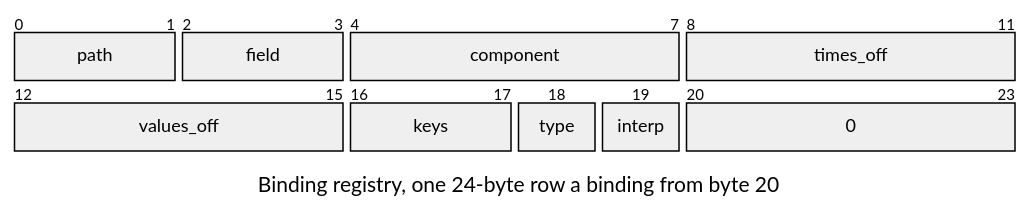
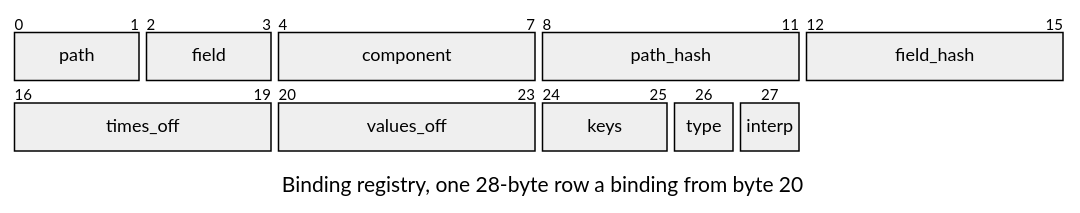
One commit to jose-villegas/autana changed the third of 5 diagrams in docs/Animation-Tracks.md. Above: the diagram before and after it, drawn with Mermaid. The commit also changed other lines of this file and 18 other files, not shown here.

````diff
--- a/docs/Animation-Tracks.md
+++ b/docs/Animation-Tracks.md
@@ -117,19 +117,20 @@
 ```mermaid
 ---
 config:
   packet:
-    bitsPerRow: 12
-    bitWidth: 56
+    bitsPerRow: 16
+    bitWidth: 44
 ---
 packet-beta
-title Binding registry, one 24-byte row a binding from byte 20
+title Binding registry, one 28-byte row a binding from byte 20
 0-1: "path"
 2-3: "field"
 4-7: "component"
-8-11: "times_off"
-12-15: "values_off"
-16-17: "keys"
-18: "type"
-19: "interp"
-20-23: "0"
+8-11: "path_hash"
+12-15: "field_hash"
+16-19: "times_off"
+20-23: "values_off"
+24-25: "keys"
+26: "type"
+27: "interp"
 ```
````
